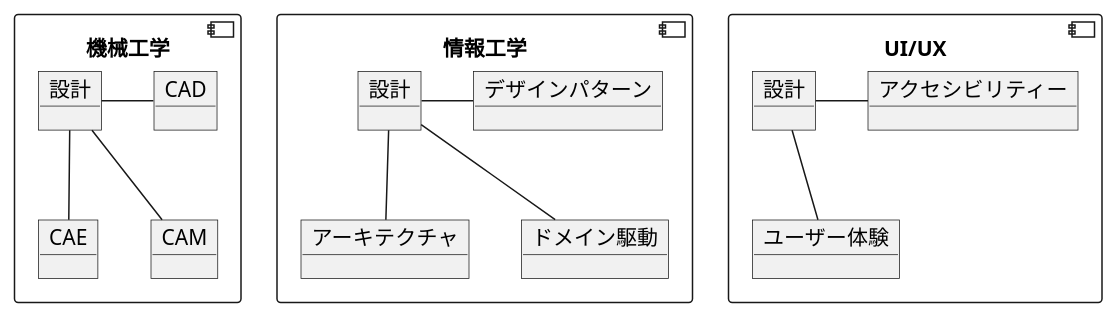
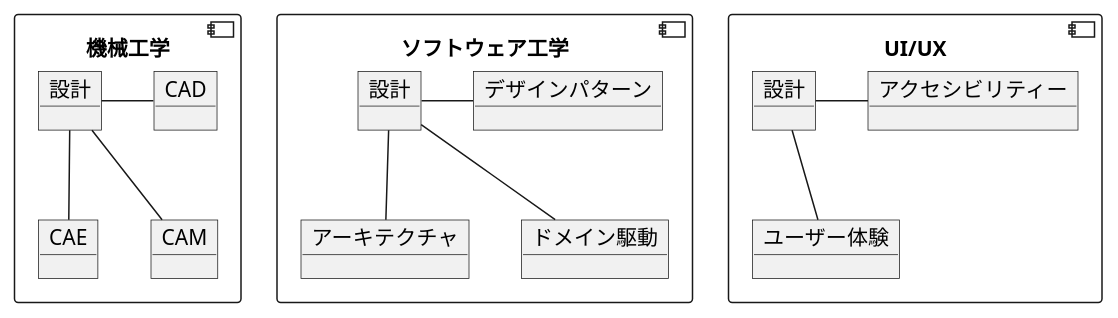
The seventh of 19 diagrams in docs/slides/episode03.md (k2works/pragmatic-presentation-exercise-2024), drawn with PlantUML before and after one commit. The commit also changed other lines of this file, not shown here.

````diff
--- a/docs/slides/episode03.md
+++ b/docs/slides/episode03.md
@@ -242,34 +250,34 @@
 ```plantuml
 @startuml
 component 機械工学 {
 	object "設計" as b 
 	object "CAD" as b_1
 	object "CAE" as b_2
 	object "CAM" as b_3
 
   b - b_1
 	b -- b_2
 	b -- b_3
 }
 
-component  情報工学 {
+component  ソフトウェア工学 {
 	object "設計" as a
 	object "デザインパターン" as a_1
 	object "アーキテクチャ" as a_2
 	object "ドメイン駆動" as a_3
 
 	a - a_1
 	a -- a_2
 	a -- a_3
 }
 
 component UI/UX {
 	object "設計" as c
 	object "アクセシビリティー" as c_1
 	object "ユーザー体験" as c_2
 
 	c - c_1
 	c -- c_2
 }
 @enduml
 ```
````
